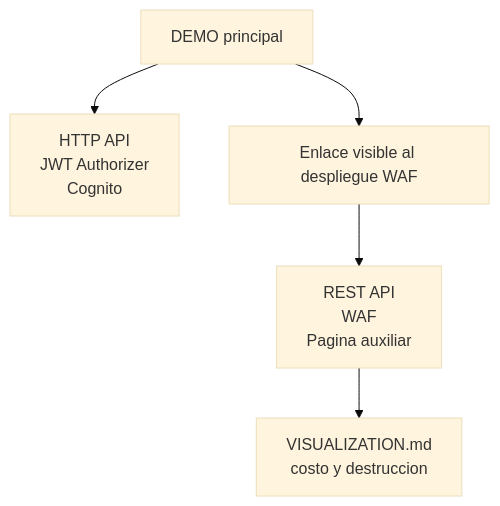
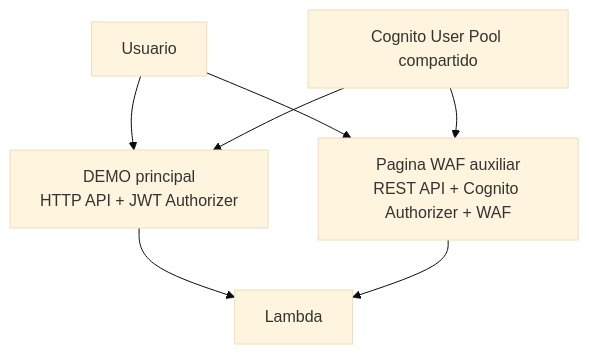
Before and after one commit to vladimiracunadev-create/proyectos-aws: the first of 3 diagrams in caso-f-security-cognito/docs/architecture.md, drawn with Mermaid (base theme). The commit also changed other lines of this file and 8 other files, not shown here.

Commit message:
fix(caso-f): align demo and linked waf flow

````diff
--- a/caso-f-security-cognito/docs/architecture.md
+++ b/caso-f-security-cognito/docs/architecture.md
@@ -23,10 +24,15 @@
 ```mermaid
 flowchart TD
-    Product["DEMO principal"]
-    Product --> Demo["HTTP API<br/>JWT Authorizer<br/>Cognito"]
+    U["Usuario"]
+    D["DEMO principal<br/>HTTP API + JWT Authorizer"]
+    W["Pagina WAF auxiliar<br/>REST API + Cognito Authorizer + WAF"]
+    C["Cognito User Pool compartido"]
+    L["Lambda"]
 
-    Product --> Link["Enlace visible al despliegue WAF"]
-    Link --> Waf["REST API<br/>WAF<br/>Pagina auxiliar"]
-
-    Waf --> Cost["VISUALIZATION.md<br/>costo y destruccion"]
+    U --> D
+    U --> W
+    C --> D
+    C --> W
+    D --> L
+    W --> L
 ```
````
